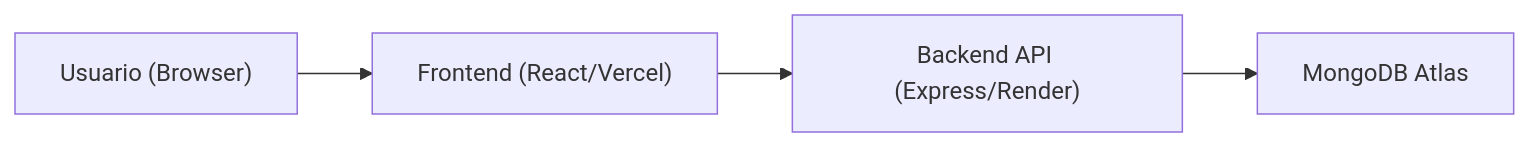
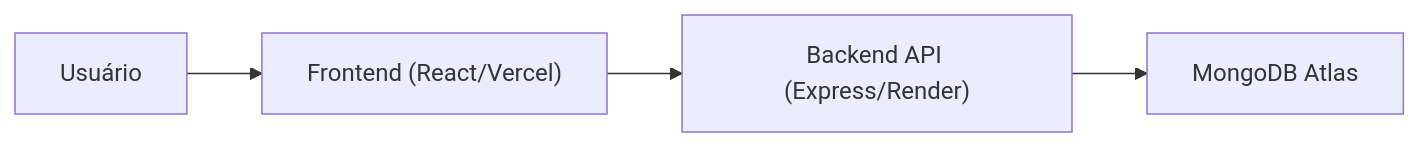
One commit to guilhermehgl/cadastro-clientes-fullstack changed the diagram in README.md. Above: the diagram before and after it, drawn with Mermaid. The commit also changed other lines of this file and 2 other files, not shown here.

````diff
--- a/README.md
+++ b/README.md
@@ -63,6 +40,6 @@
 ```mermaid
 flowchart LR
-  A["Usuario (Browser)"] --> B["Frontend (React/Vercel)"]
-  B --> C["Backend API (Express/Render)"]
-  C --> D["MongoDB Atlas"]
+  U["Usuário"] --> F["Frontend (React/Vercel)"]
+  F --> B["Backend API (Express/Render)"]
+  B --> D["MongoDB Atlas"]
 ```
````
